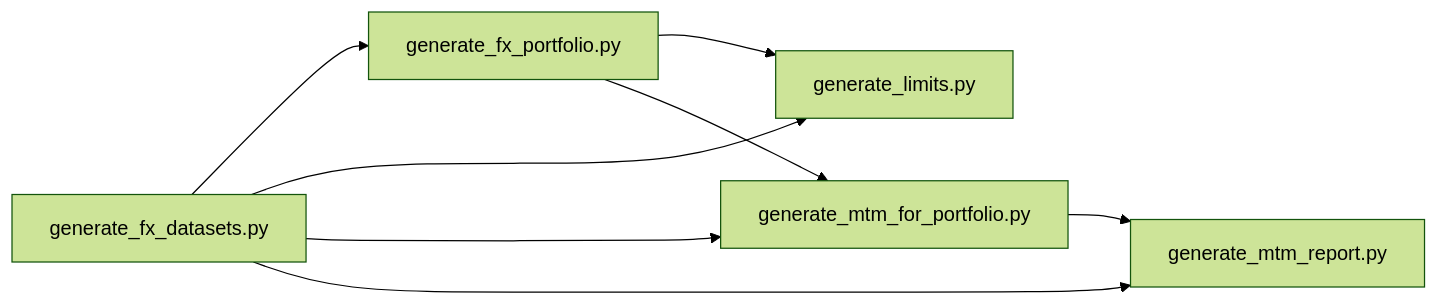
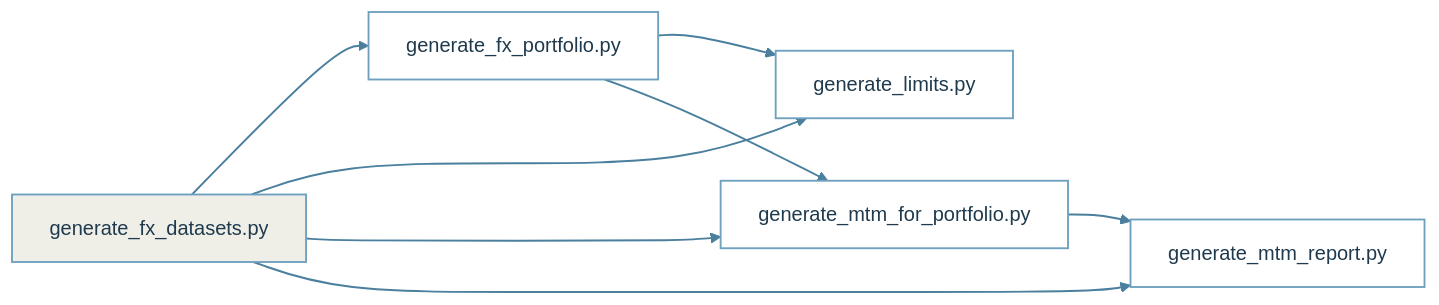
The second of 3 diagrams in fx-prime-brokerage-collateral/report.qmd (sgarciapuga/Work_Portfolio), drawn with Mermaid (forest theme) before and after one commit. The commit also changed other lines of this file and 12 other files, not shown here.

Commit message:
updated mermaid theme colours

````diff
--- a/fx-prime-brokerage-collateral/report.qmd
+++ b/fx-prime-brokerage-collateral/report.qmd
@@ -123,20 +131,26 @@
 ```{mermaid}
 %%| label: fig-pipeline
 %%| fig-cap: "Code Workflow"
 %%| echo: false
 flowchart LR
     A[generate_fx_portfolio.py]
     B[generate_limits.py]
     C[generate_mtm_for_portfolio.py]
     D[generate_mtm_report.py]
     E[generate_fx_datasets.py]
 
     E --> A
     E --> B
     E --> C
     E --> D
 
     A --> B
     A --> C
     C --> D
+
+    classDef ext fill:#EFEFE8,stroke:#6FA1BF,stroke-width:1.5px,color:#1F3A4D
+    classDef job fill:#FFFFFF,stroke:#6FA1BF,stroke-width:1.5px,color:#1F3A4D
+    class E ext
+    class A,B,C,D job
+    linkStyle default stroke:#4A7F9E,stroke-width:1.5px
 ```
````
